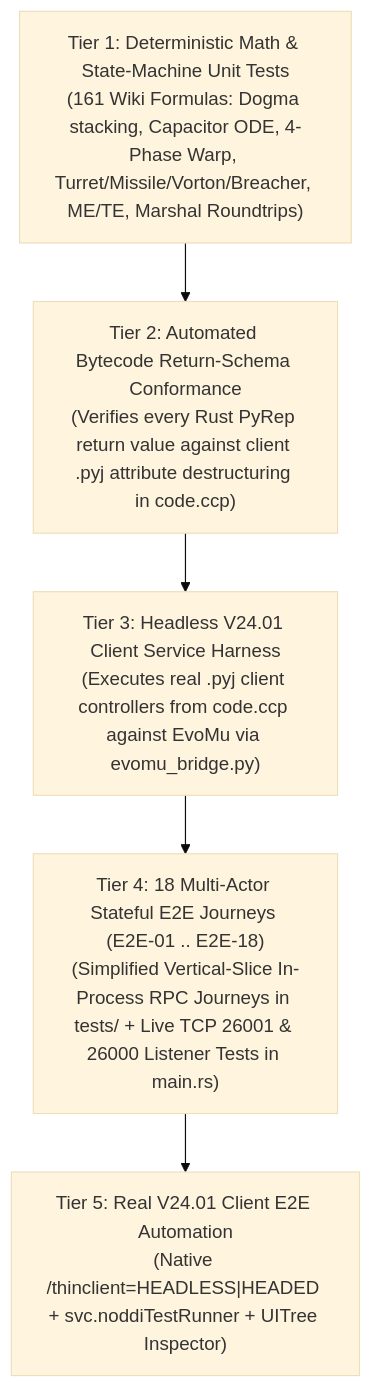
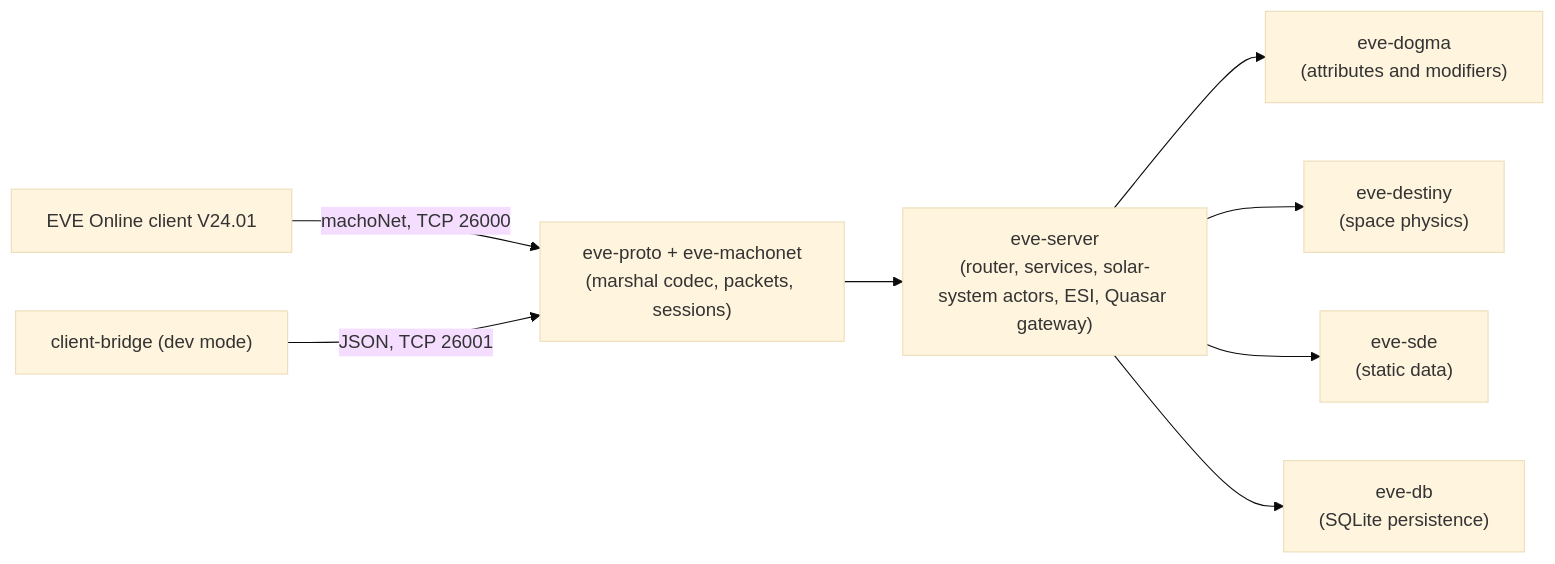
One commit to saverchenkov/EvoMu changed the diagram in README.md. Above: the diagram before and after it, drawn with Mermaid (base theme). The commit also changed other lines of this file, not shown here.

````diff
--- a/README.md
+++ b/README.md
@@ -177,10 +57,10 @@
 ```mermaid
-flowchart TB
-    T5["Tier 5: Real V24.01 Client E2E Automation<br/>(Native /thinclient=HEADLESS|HEADED + svc.noddiTestRunner + UITree Inspector)"]
-    T4["Tier 4: 18 Multi-Actor Stateful E2E Journeys (E2E-01 .. E2E-18)<br/>(Simplified Vertical-Slice In-Process RPC Journeys in tests/ + Live TCP 26001 & 26000 Listener Tests in main.rs)"]
-    T3["Tier 3: Headless V24.01 Client Service Harness<br/>(Executes real .pyj client controllers from code.ccp against EvoMu via evomu_bridge.py)"]
-    T2["Tier 2: Automated Bytecode Return-Schema Conformance<br/>(Verifies every Rust PyRep return value against client .pyj attribute destructuring in code.ccp)"]
-    T1["Tier 1: Deterministic Math & State-Machine Unit Tests<br/>(161 Wiki Formulas: Dogma stacking, Capacitor ODE, 4-Phase Warp, Turret/Missile/Vorton/Breacher, ME/TE, Marshal Roundtrips)"]
-
-    T1 --> T2 --> T3 --> T4 --> T5
+flowchart LR
+    Client["EVE Online client V24.01"] -->|"machoNet, TCP 26000"| Proto
+    Bridge["client-bridge (dev mode)"] -->|"JSON, TCP 26001"| Proto
+    Proto["eve-proto + eve-machonet<br/>(marshal codec, packets, sessions)"] --> Server
+    Server["eve-server<br/>(router, services, solar-system actors, ESI, Quasar gateway)"] --> Dogma["eve-dogma<br/>(attributes and modifiers)"]
+    Server --> Destiny["eve-destiny<br/>(space physics)"]
+    Server --> Sde["eve-sde<br/>(static data)"]
+    Server --> Db["eve-db<br/>(SQLite persistence)"]
 ```
````
